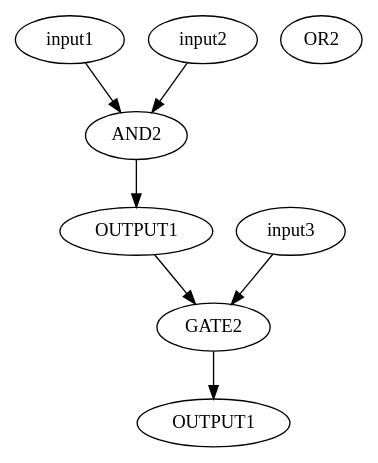
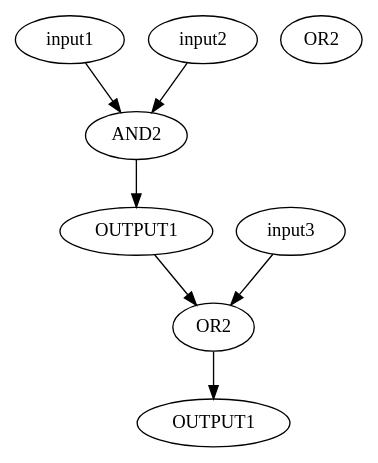
The diagram in Dot/testDot1.dot (No-Hair-Corp/c_project), drawn with Graphviz before and after one commit. The commit also changed 3 other files, not shown here.

```diff
--- a/Dot/testDot1.dot
+++ b/Dot/testDot1.dot
@@ -1,13 +1,14 @@
 Digraph testand1 {
     A [label="input1"]; #input A
     B [label="input2"]; //input B
     C [label="input3"]; //input B
-    GATE1 [label="AND2" sel="sel2"];
+    GATE1 [label="AND2" sel="C" b0="A" b1="B"];
+    GATE2 [label="OR2"];
     E2 [label="OR2"];
-    O1 [label="OUTPUT1"];
     O2 [label="OUTPUT1"];
     A->GATE1->O1;
     B->GATE1;
     O1->GATE2->O2;
     C->GATE2;
+    O1 [label="OUTPUT1"];
 }
```
